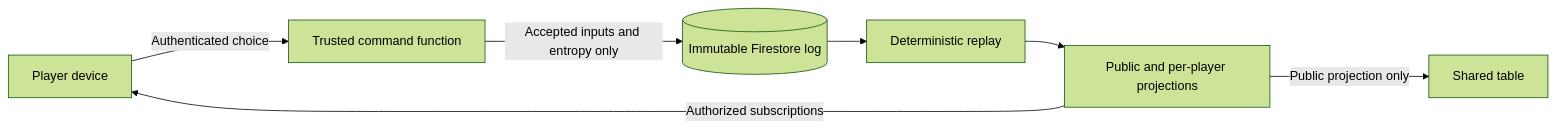
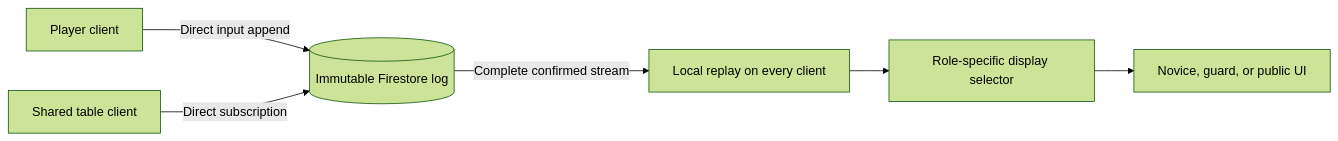
One commit to anicolao/notr changed the diagram in MVP_DESIGN.md. Above: the diagram before and after it, drawn with Mermaid (forest theme). The commit also changed other lines of this file and 5 other files, not shown here.

Commit message:
Use trusted client replay and role filtering without Cloud Functions

````diff
--- a/MVP_DESIGN.md
+++ b/MVP_DESIGN.md
@@ -55,9 +55,8 @@
 ```mermaid
 flowchart LR
-  P[Player device] -->|Authenticated choice| C[Trusted command function]
-  C -->|Accepted inputs and entropy only| L[(Immutable Firestore log)]
-  L --> R[Deterministic replay]
-  R --> V[Public and per-player projections]
-  V -->|Authorized subscriptions| P
-  V -->|Public projection only| T[Shared table]
+  P[Player client] -->|Direct input append| L[(Immutable Firestore log)]
+  L -->|Complete confirmed stream| R[Local replay on every client]
+  R --> S[Role-specific display selector]
+  S --> V[Novice, guard, or public UI]
+  T[Shared table client] -->|Direct subscription| L
 ```
````
